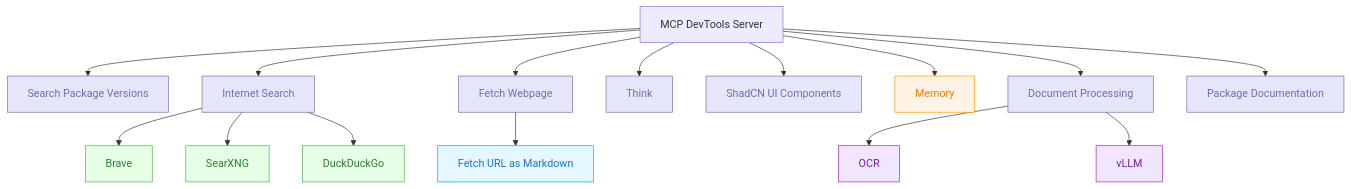
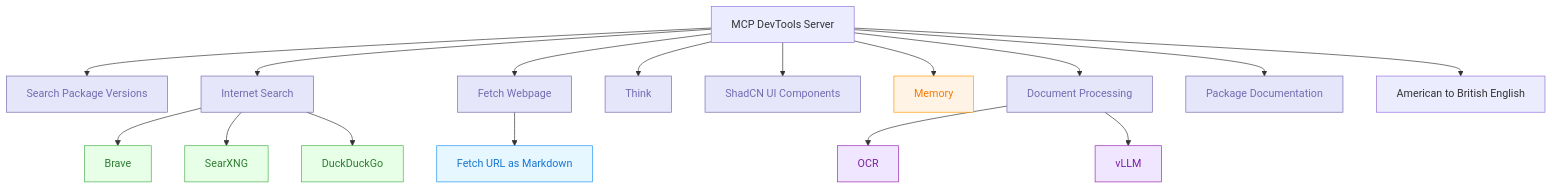
Before and after one commit to sammcj/mcp-devtools: the diagram in README.md, drawn with Mermaid. The commit also changed other lines of this file and 9 other files, not shown here.

````diff
--- a/README.md
+++ b/README.md
@@ -7,36 +7,37 @@
 ```mermaid
 graph TD
     A[MCP DevTools Server] --> B[Search Package Versions]
     A --> C[Internet Search]
     A --> D[Fetch Webpage]
     A --> E[Think]
     A --> F[ShadCN UI Components]
     A --> G[Memory]
     A --> H[Document Processing]
     A --> I[Package Documentation]
+    A --> J[American to British English]
 
     C --> C1[Brave]
     C --> C2[SearXNG]
     C --> C3[DuckDuckGo]
 
     D --> D1[Fetch URL as Markdown]
 
     H --> H5[OCR]
     H --> H6[vLLM]
 
     classDef toolCategory fill:#E6E6FA,stroke:#756BB1,color:#756BB1
     classDef tool fill:#EFF3FF,stroke:#9ECAE1,color:#3182BD
     classDef searchTool fill:#E6FFE6,stroke:#4CAF50,color:#2E7D32
     classDef memoryTool fill:#FFF3E6,stroke:#FF9800,color:#F57C00
     classDef webTool fill:#E6F7FF,stroke:#2196F3,color:#1976D2
     classDef docTool fill:#F0E6FF,stroke:#9C27B0,color:#7B1FA2
     classDef packageTool fill:#FFF0E6,stroke:#FF6B35,color:#D84315
 
     class B,C,D,E,F,H,I toolCategory
     class B1,B2,E1,F1 tool
     class B1,C1,C2,C3 searchTool
     class G memoryTool
     class D1 webTool
     class H1,H2,H3,H4,H5,H6 docTool
     class I1,I2 packageTool
 ```
````
